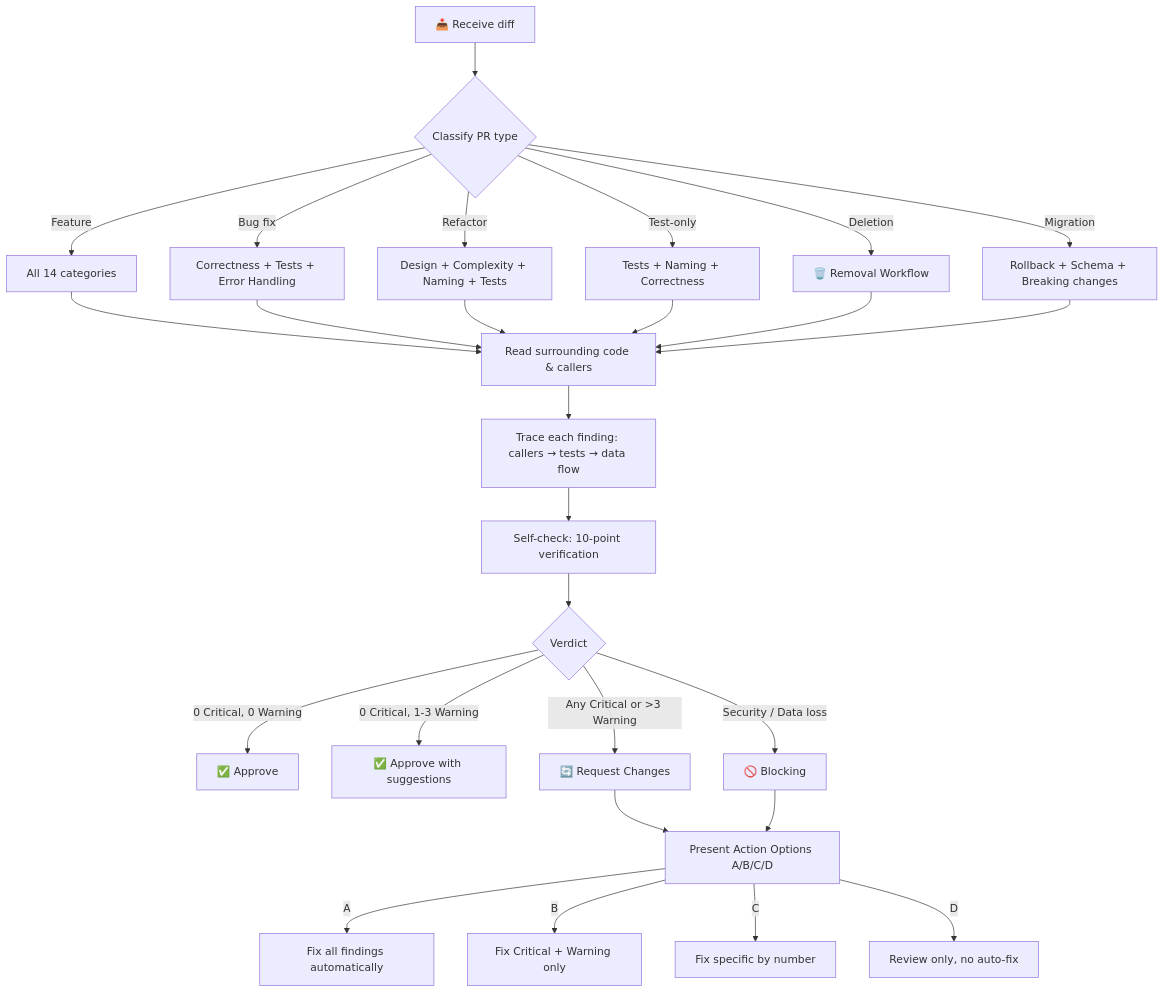
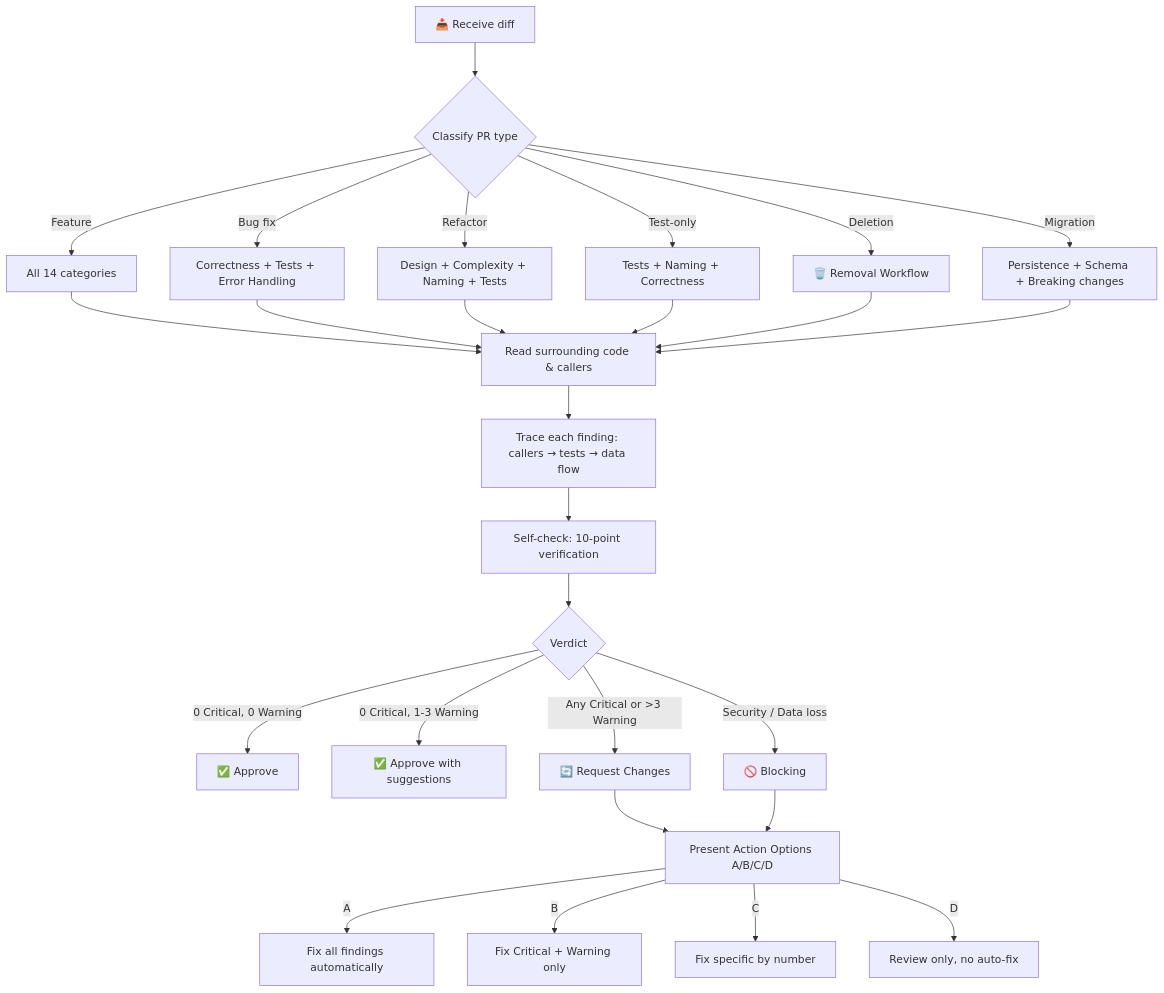
Before and after one commit to SomeStay07/code-review-agent: the first of 2 diagrams in README.md, drawn with Mermaid. The commit also changed other lines of this file and 2 other files, not shown here.

````diff
--- a/README.md
+++ b/README.md
@@ -137,26 +128,26 @@
 ```mermaid
 flowchart TD
     A[📥 Receive diff] --> B{Classify PR type}
     B -->|Feature| C[All 14 categories]
     B -->|Bug fix| D[Correctness + Tests + Error Handling]
     B -->|Refactor| E[Design + Complexity + Naming + Tests]
     B -->|Test-only| F[Tests + Naming + Correctness]
     B -->|Deletion| G[🗑️ Removal Workflow]
-    B -->|Migration| H[Rollback + Schema + Breaking changes]
+    B -->|Migration| H[Persistence + Schema + Breaking changes]
 
     C & D & E & F & G & H --> I[Read surrounding code & callers]
     I --> J[Trace each finding: callers → tests → data flow]
     J --> K[Self-check: 10-point verification]
     K --> L{Verdict}
 
     L -->|0 Critical, 0 Warning| M[✅ Approve]
     L -->|0 Critical, 1-3 Warning| N[✅ Approve with suggestions]
     L -->|Any Critical or >3 Warning| O[🔄 Request Changes]
     L -->|Security / Data loss| P[🚫 Blocking]
 
     O & P --> Q[Present Action Options A/B/C/D]
     Q -->|A| R[Fix all findings automatically]
     Q -->|B| S[Fix Critical + Warning only]
     Q -->|C| T[Fix specific by number]
     Q -->|D| U[Review only, no auto-fix]
 ```
````
